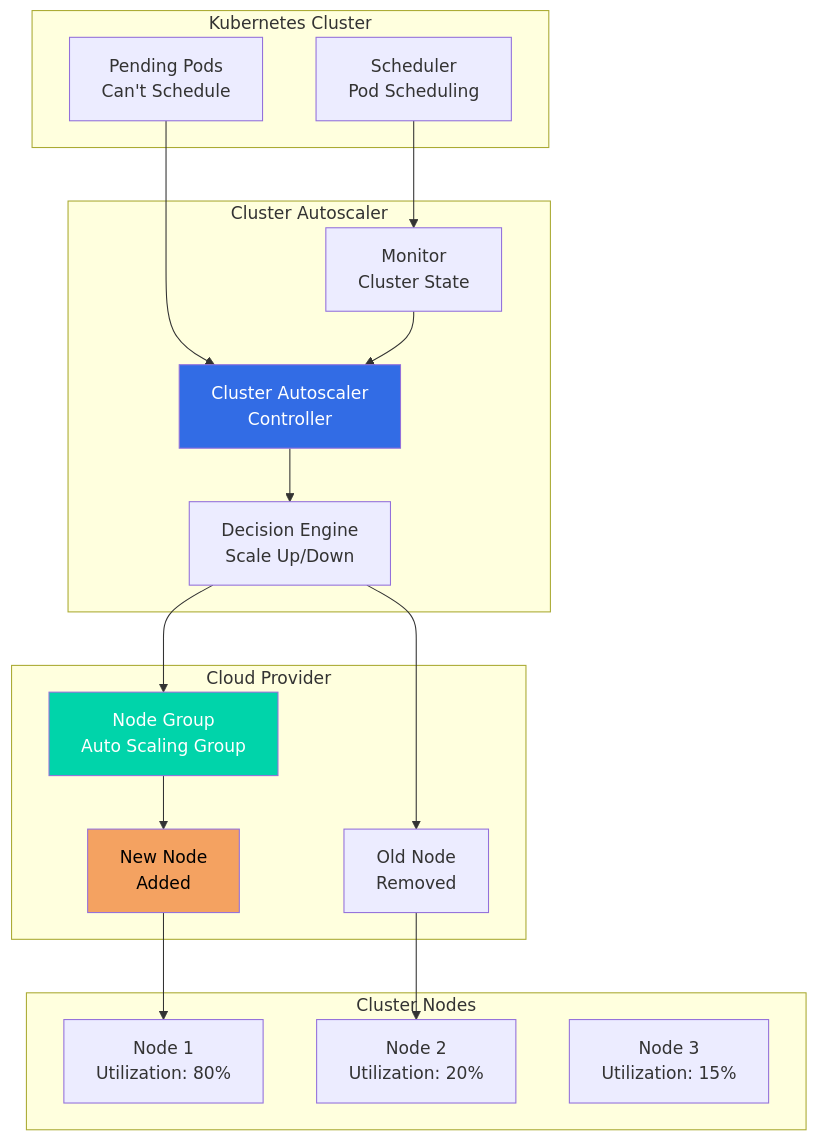
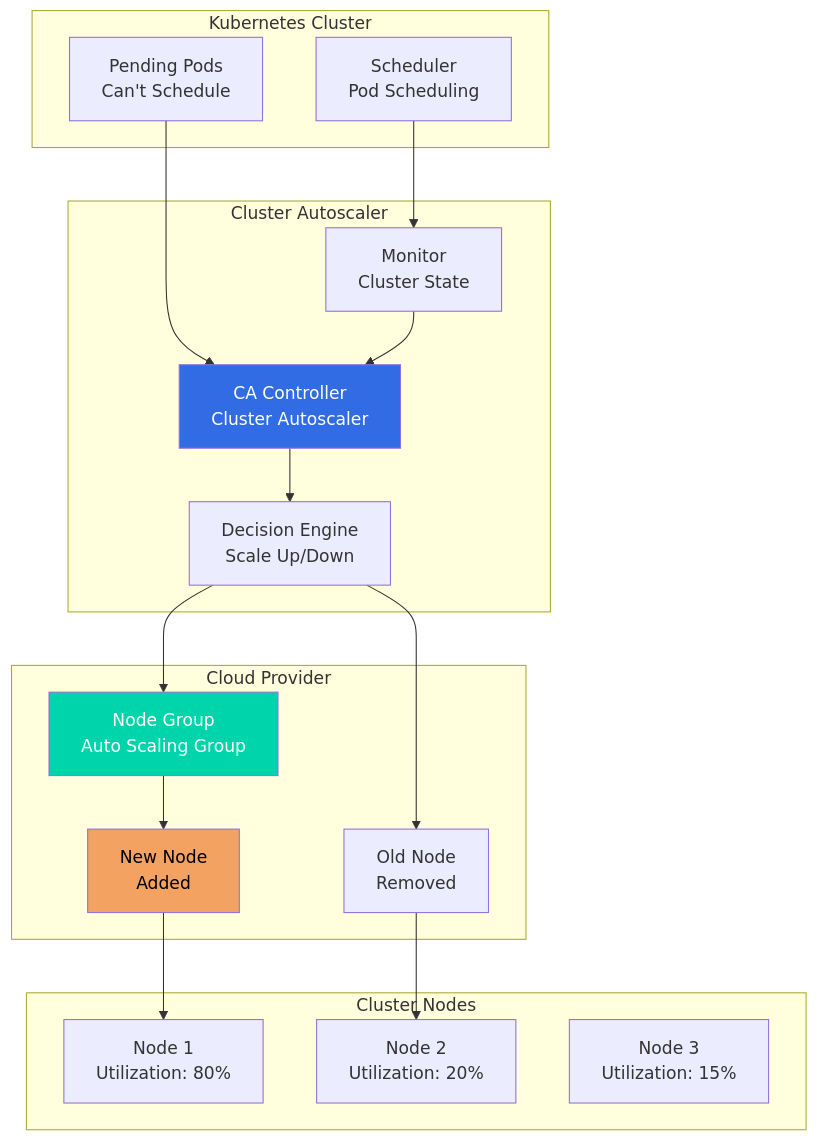
One commit to jayeshjd555/Kubernetes changed diagram 31 of 33 in README.md. Above: the diagram before and after it, drawn with Mermaid. The commit also changed other lines of this file, not shown here.

Commit message:
diagram fix

````diff
--- a/README.md
+++ b/README.md
@@ -11640,39 +11640,39 @@
 ```mermaid
 graph TB
-    subgraph "Kubernetes Cluster"
-        Scheduler[Scheduler<br/>Pod Scheduling]
-        Pending[Pending Pods<br/>Can't Schedule]
+    subgraph K8sCluster["Kubernetes Cluster"]
+        Scheduler["Scheduler<br/>Pod Scheduling"]
+        Pending["Pending Pods<br/>Can't Schedule"]
     end
     
-    subgraph "Cluster Autoscaler"
-        CA[Cluster Autoscaler<br/>Controller]
-        Monitor[Monitor<br/>Cluster State]
-        Decision[Decision Engine<br/>Scale Up/Down]
+    subgraph CACtrl["Cluster Autoscaler"]
+        CA["CA Controller<br/>Cluster Autoscaler"]
+        Monitor["Monitor<br/>Cluster State"]
+        Decision["Decision Engine<br/>Scale Up/Down"]
     end
     
-    subgraph "Cloud Provider"
-        NodeGroup[Node Group<br/>Auto Scaling Group]
-        NewNode[New Node<br/>Added]
-        OldNode[Old Node<br/>Removed]
+    subgraph CloudProv["Cloud Provider"]
+        NodeGroup["Node Group<br/>Auto Scaling Group"]
+        NewNode["New Node<br/>Added"]
+        OldNode["Old Node<br/>Removed"]
     end
     
-    subgraph "Cluster Nodes"
-        Node1[Node 1<br/>Utilization: 80%]
-        Node2[Node 2<br/>Utilization: 20%]
-        Node3[Node 3<br/>Utilization: 15%]
+    subgraph ClusterNodes["Cluster Nodes"]
+        Node1["Node 1<br/>Utilization: 80%"]
+        Node2["Node 2<br/>Utilization: 20%"]
+        Node3["Node 3<br/>Utilization: 15%"]
     end
     
     Pending --> CA
     Scheduler --> Monitor
     Monitor --> CA
     CA --> Decision
     Decision --> NodeGroup
     NodeGroup --> NewNode
     Decision --> OldNode
     NewNode --> Node1
     OldNode --> Node2
     
     style CA fill:#326ce5,color:#fff
     style NodeGroup fill:#00d4aa,color:#fff
     style NewNode fill:#f4a261,color:#000
 ```
````
